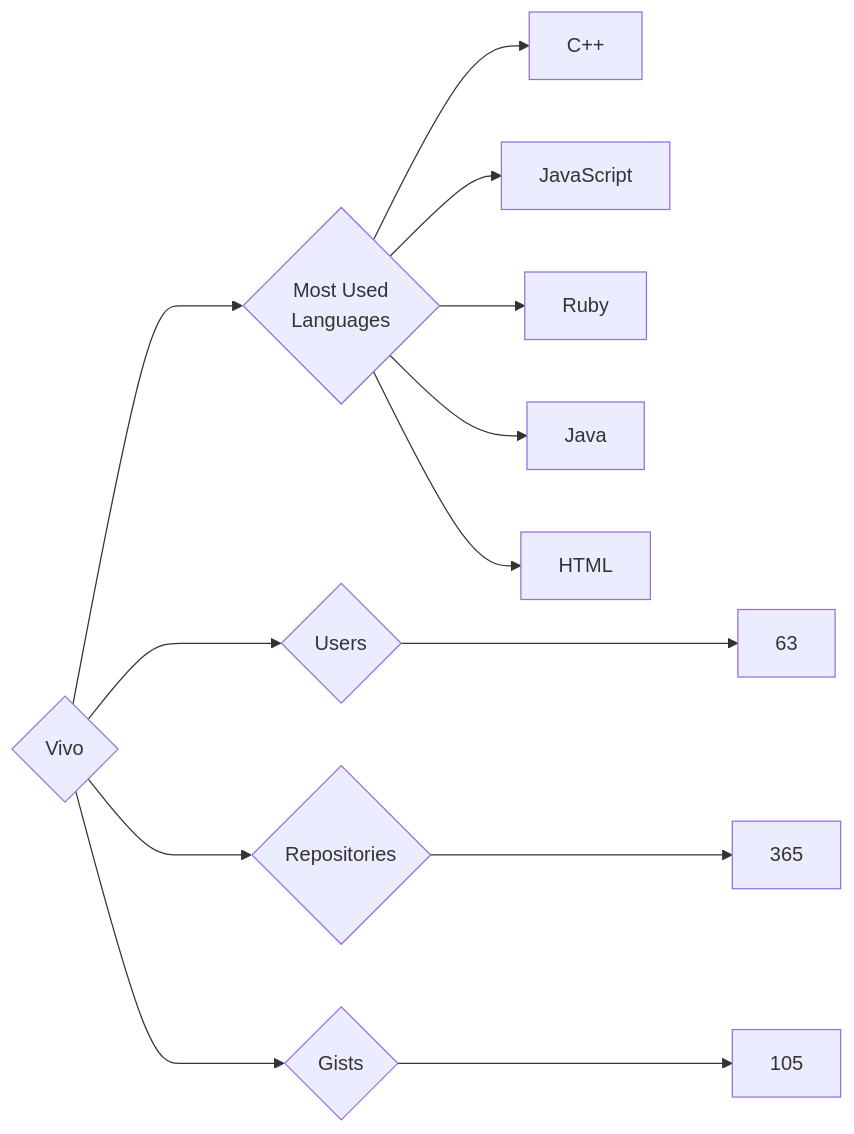
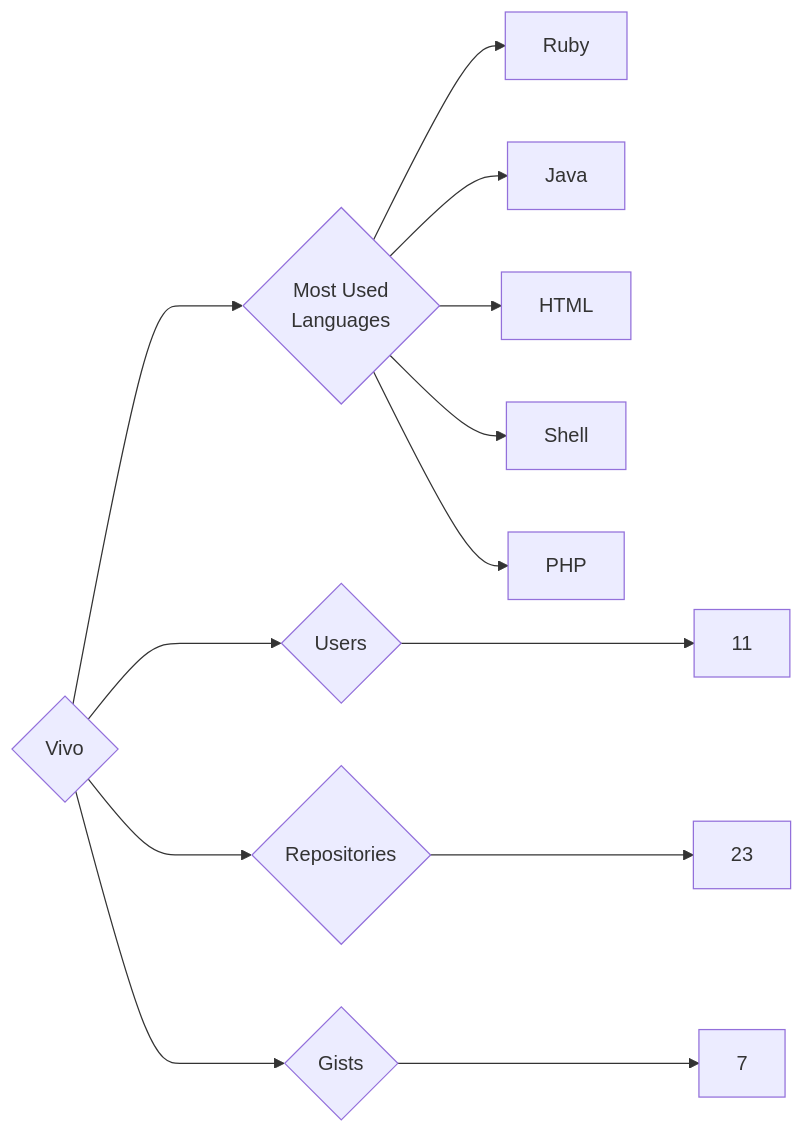
Before and after one commit to trickest/insiders: the diagram in targets/Vivo/README.md, drawn with Mermaid. The commit also changed 940 other files, not shown here.

````diff
--- a/targets/Vivo/README.md
+++ b/targets/Vivo/README.md
@@ -3,13 +3,13 @@
 ```mermaid
 graph LR
 COMPANY_NAME{Vivo}
-COMPANY_NAME ---> U{Users} ---> UN[63]
-COMPANY_NAME ---> R{Repositories} ---> RN[365]
-COMPANY_NAME ---> G{Gists} ---> GN[105]
+COMPANY_NAME ---> U{Users} ---> UN[11]
+COMPANY_NAME ---> R{Repositories} ---> RN[23]
+COMPANY_NAME ---> G{Gists} ---> GN[7]
 COMPANY_NAME ---> ML{Most Used<br>Languages}
-ML --> C++[C++]
-ML --> JavaScript[JavaScript]
 ML --> Ruby[Ruby]
 ML --> Java[Java]
 ML --> HTML[HTML]
+ML --> Shell[Shell]
+ML --> PHP[PHP]
 ```
````
